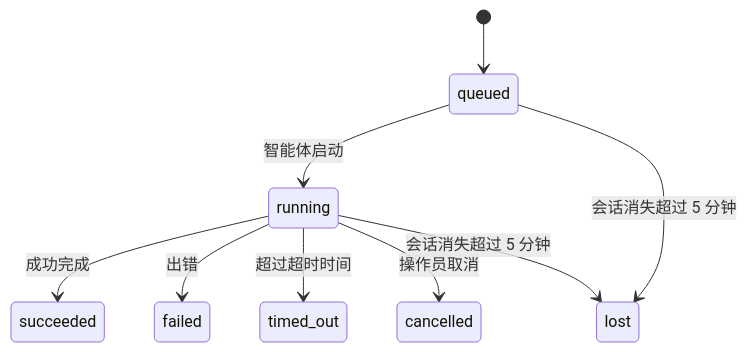
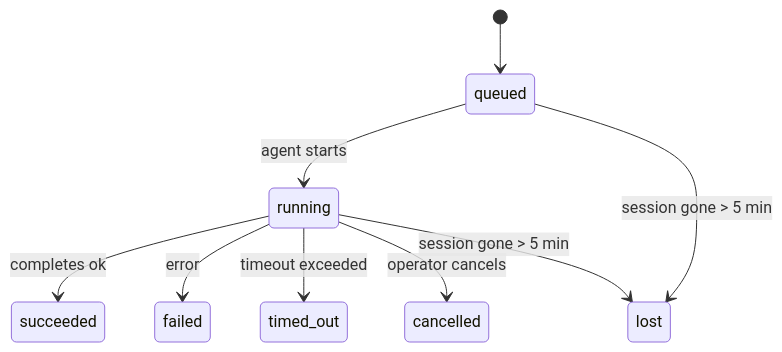
One commit to openclaw/docs changed the diagram in docs/zh-CN/automation/tasks.md. Above: the diagram before and after it, drawn with Mermaid. The commit also changed other lines of this file and 8 other files, not shown here.

````diff
--- a/docs/zh-CN/automation/tasks.md
+++ b/docs/zh-CN/automation/tasks.md
@@ -97,11 +97,11 @@
 ```mermaid
 stateDiagram-v2
     [*] --> queued
-    queued --> running : 智能体启动
-    running --> succeeded : 成功完成
-    running --> failed : 出错
-    running --> timed_out : 超过超时时间
-    running --> cancelled : 操作员取消
-    queued --> lost : 会话消失超过 5 分钟
-    running --> lost : 会话消失超过 5 分钟
+    queued --> running : agent starts
+    running --> succeeded : completes ok
+    running --> failed : error
+    running --> timed_out : timeout exceeded
+    running --> cancelled : operator cancels
+    queued --> lost : session gone > 5 min
+    running --> lost : session gone > 5 min
 ```
````
